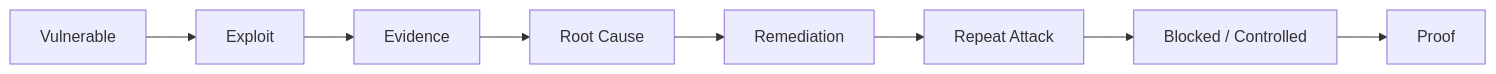
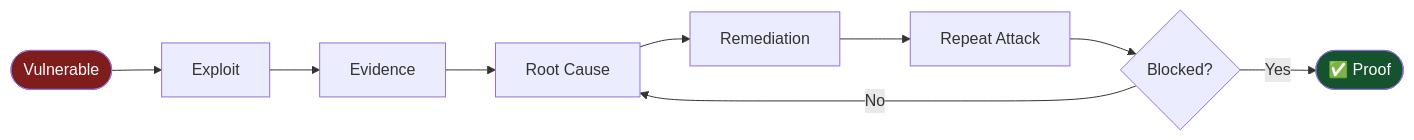
Before and after one commit to ABDELKARIMEALHANNACHI/securecorp-db: the eighth of 12 diagrams in README.md, drawn with Mermaid. The commit also changed other lines of this file, not shown here.

````diff
--- a/README.md
+++ b/README.md
@@ -215,10 +309,14 @@
 ```mermaid
 flowchart LR
-    A[Vulnerable] --> B[Exploit]
+    A([Vulnerable]) --> B[Exploit]
     B --> C[Evidence]
     C --> D[Root Cause]
     D --> E[Remediation]
     E --> F[Repeat Attack]
-    F --> G[Blocked / Controlled]
-    G --> H[Proof]
+    F --> G{Blocked?}
+    G -->|Yes| H([✅ Proof])
+    G -->|No| D
+
+    style A fill:#7f1d1d,color:#fff
+    style H fill:#14532d,color:#fff
 ```
````
